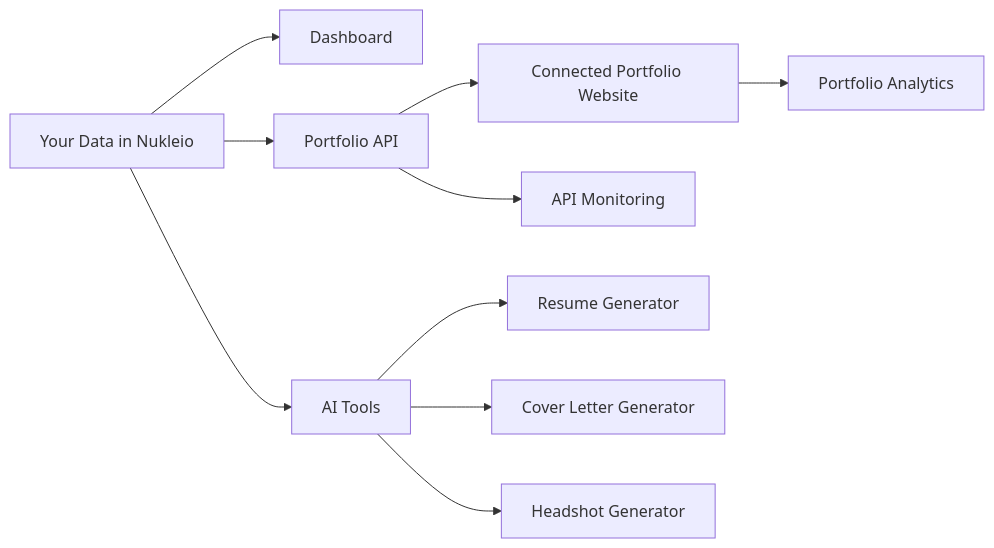
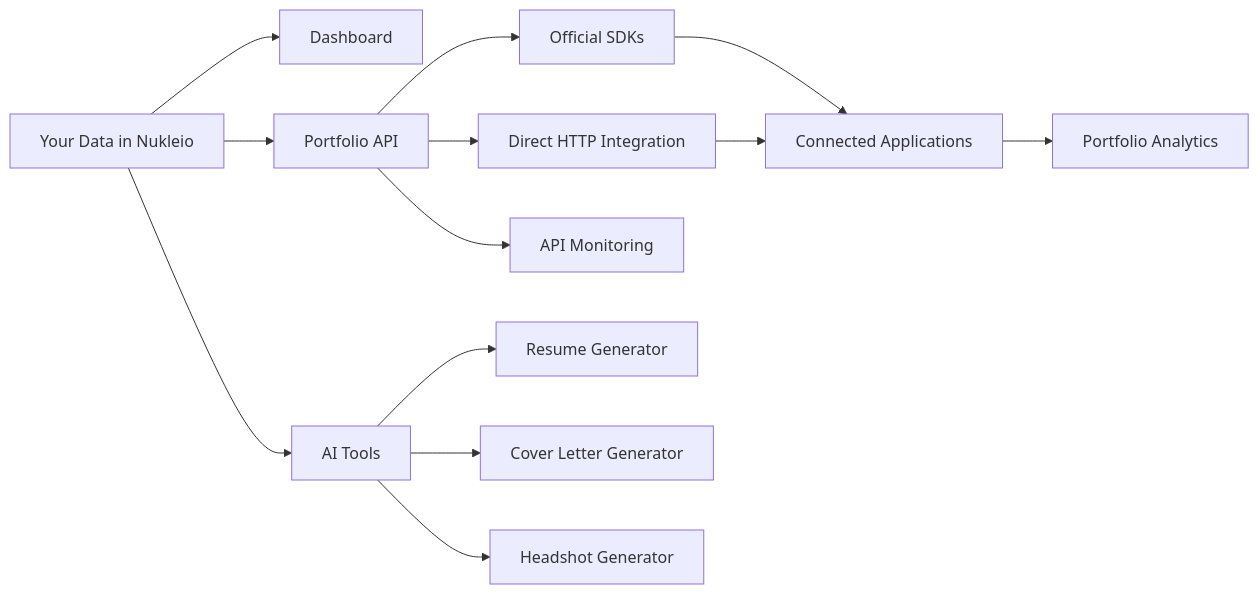
One commit to EricNohara/Nukleio-Documentation changed the diagram in content/product/index.mdx. Above: the diagram before and after it, drawn with Mermaid. The commit also changed other lines of this file and 11 other files, not shown here.

````diff
--- a/content/product/index.mdx
+++ b/content/product/index.mdx
@@ -122,17 +141,20 @@
 ```mermaid
 flowchart LR
     A[Your Data in Nukleio]
 
     A --> B[Dashboard]
     A --> C[Portfolio API]
     A --> D[AI Tools]
 
-    C --> E[Connected Portfolio Website]
+    C --> E[Official SDKs]
+    C --> K[Direct HTTP Integration]
+    E --> L[Connected Applications]
+    K --> L
 
     D --> F[Resume Generator]
     D --> G[Cover Letter Generator]
     D --> H[Headshot Generator]
 
     C --> I[API Monitoring]
-    E --> J[Portfolio Analytics]
+    L --> J[Portfolio Analytics]
 ```
````
